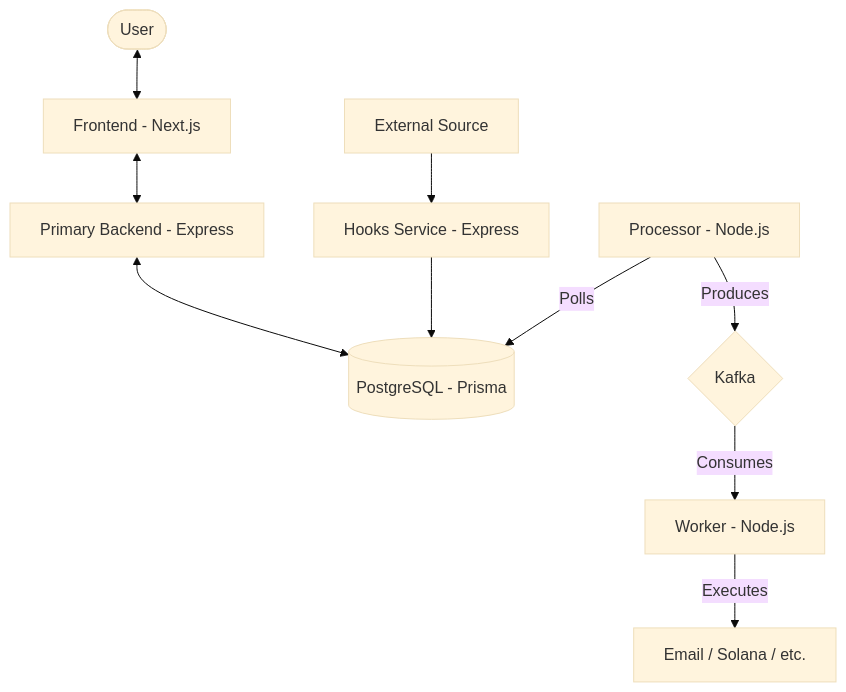
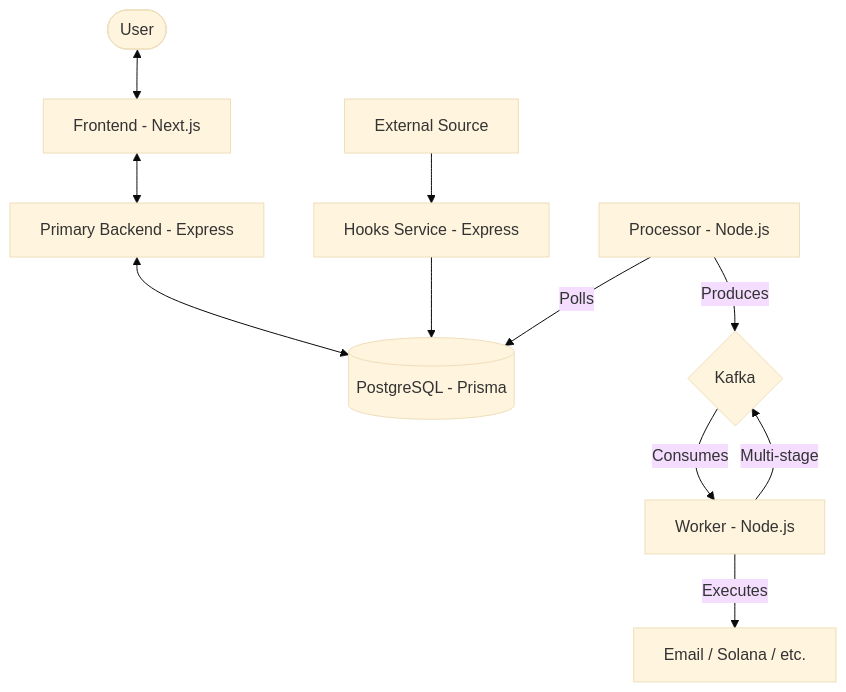
The diagram in README.md (Amitaarav/TriggerHub), drawn with Mermaid (base theme) before and after one commit. The commit also changed other lines of this file and 19 other files, not shown here.

````diff
--- a/README.md
+++ b/README.md
@@ -116,22 +40,23 @@
 ```mermaid
 graph TD
     User([User])
     Frontend[Frontend - Next.js]
     Backend[Primary Backend - Express]
     Hooks[Hooks Service - Express]
     DB[(PostgreSQL - Prisma)]
     Kafka{Kafka}
     Processor[Processor - Node.js]
     Worker[Worker - Node.js]
 
     User <--> Frontend
     Frontend <--> Backend
     Backend <--> DB
     
     ExternalSource[External Source] --> Hooks
     Hooks --> DB
     Processor -- Polls --> DB
     Processor -- Produces --> Kafka
     Kafka -- Consumes --> Worker
     Worker -- Executes --> FinalAction[Email / Solana / etc.]
+    Worker -- Multi-stage --> Kafka
 ```
````
